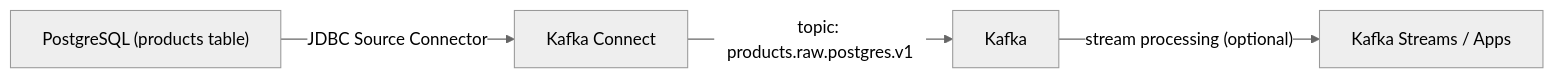
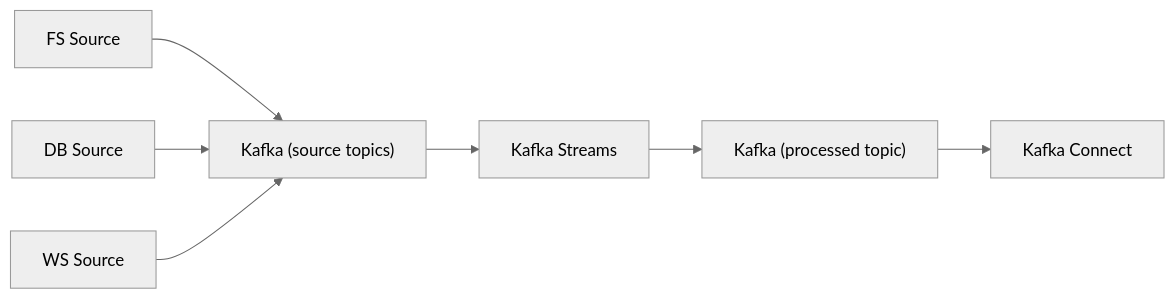
One commit to andreixmartins/kata-data changed the diagram in data-processing/README.md. Above: the diagram before and after it, drawn with Mermaid (neutral theme). The commit also changed other lines of this file, not shown here.

````diff
--- a/data-processing/README.md
+++ b/data-processing/README.md
@@ -98,6 +106,10 @@
 ```mermaid
 flowchart LR
-  DB["PostgreSQL (products table)"] -->|"JDBC Source Connector"| KC["Kafka Connect"]
-  KC -->|"topic: products.raw.postgres.v1"| K["Kafka"]
-  K -->|"stream processing (optional)"| KS["Kafka Streams / Apps"]
+  FS["FS Source"] --> K1["Kafka (source topics)"]
+  DB["DB Source"] --> K1
+  WS["WS Source"] --> K1
+  K1 --> KS["Kafka Streams"]
+  KS --> K2["Kafka (processed topic)"]
+  K2 --> KC["Kafka Connect"]
+
 ```
````
